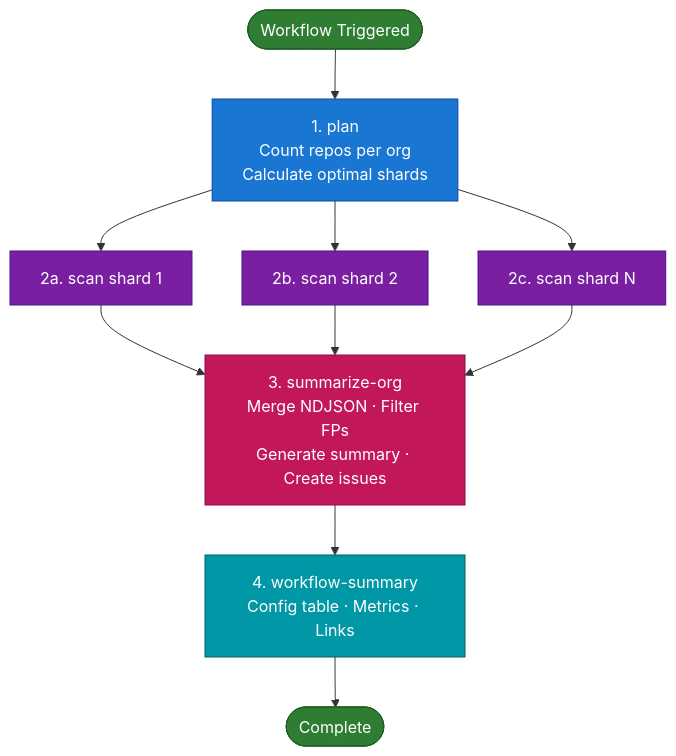
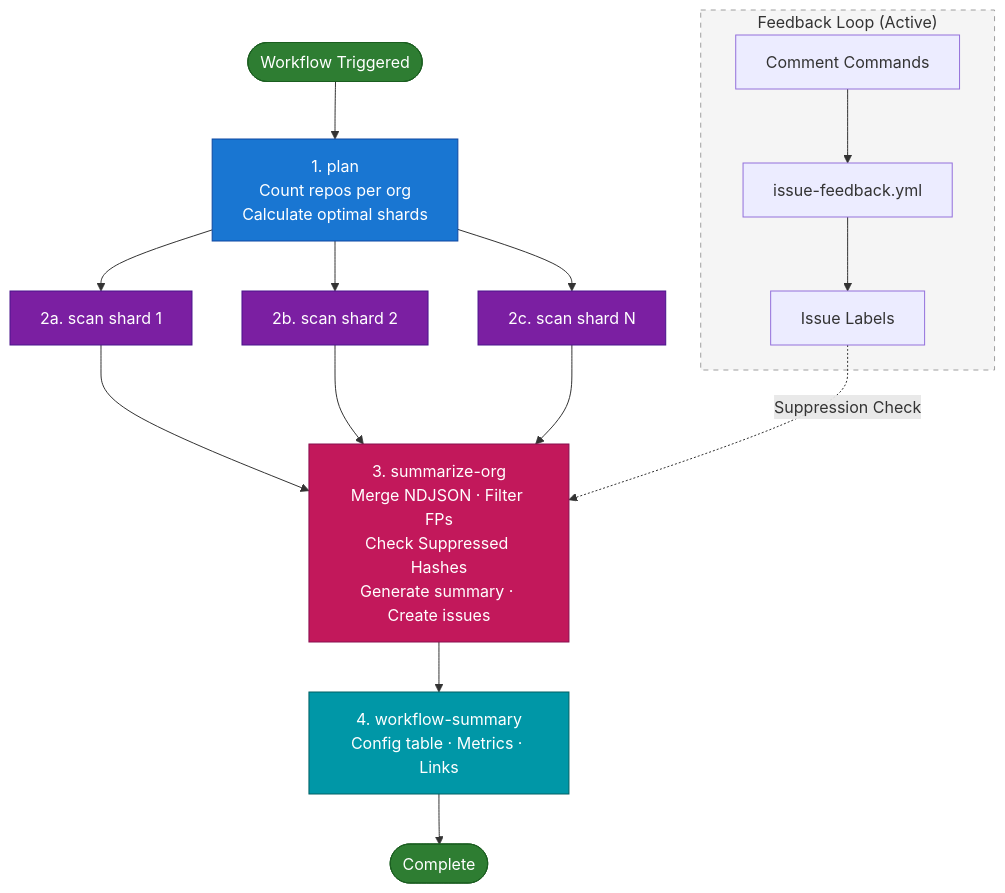
The diagram in README.md (SpootyMcSpoot/trufflehogz), drawn with Mermaid before and after one commit.

Commit message:
Update Mermaid chart in README to include Issue Feedback Loop

````diff
--- a/README.md
+++ b/README.md
@@ -64,21 +64,32 @@
 ```mermaid
 flowchart TD
     Start([Workflow Triggered]) --> Plan[1. plan<br/>Count repos per org<br/>Calculate optimal shards]
     Plan --> S1[2a. scan shard 1]
     Plan --> S2[2b. scan shard 2]
     Plan --> SN[2c. scan shard N]
-    S1 --> Summarize[3. summarize-org<br/>Merge NDJSON · Filter FPs<br/>Generate summary · Create issues]
+    
+    subgraph Feedback["Feedback Loop (Active)"]
+        Labels[Issue Labels]
+        Comments[Comment Commands]
+        IFW[issue-feedback.yml]
+        Comments --> IFW --> Labels
+    end
+
+    S1 --> Summarize[3. summarize-org<br/>Merge NDJSON · Filter FPs<br/>Check Suppressed Hashes<br/>Generate summary · Create issues]
     S2 --> Summarize
     SN --> Summarize
+    Labels -.->|Suppression Check| Summarize
+    
     Summarize --> WS[4. workflow-summary<br/>Config table · Metrics · Links]
     WS --> End([Complete])
 
     style Start fill:#2e7d32,stroke:#1b5e20,color:#fff
     style End fill:#2e7d32,stroke:#1b5e20,color:#fff
     style Plan fill:#1976d2,stroke:#0d47a1,color:#fff
     style S1 fill:#7b1fa2,stroke:#4a148c,color:#fff
     style S2 fill:#7b1fa2,stroke:#4a148c,color:#fff
     style SN fill:#7b1fa2,stroke:#4a148c,color:#fff
     style Summarize fill:#c2185b,stroke:#880e4f,color:#fff
     style WS fill:#0097a7,stroke:#006064,color:#fff
+    style Feedback fill:#f5f5f5,stroke:#9e9e9e,stroke-dasharray: 5 5
 ```
````
